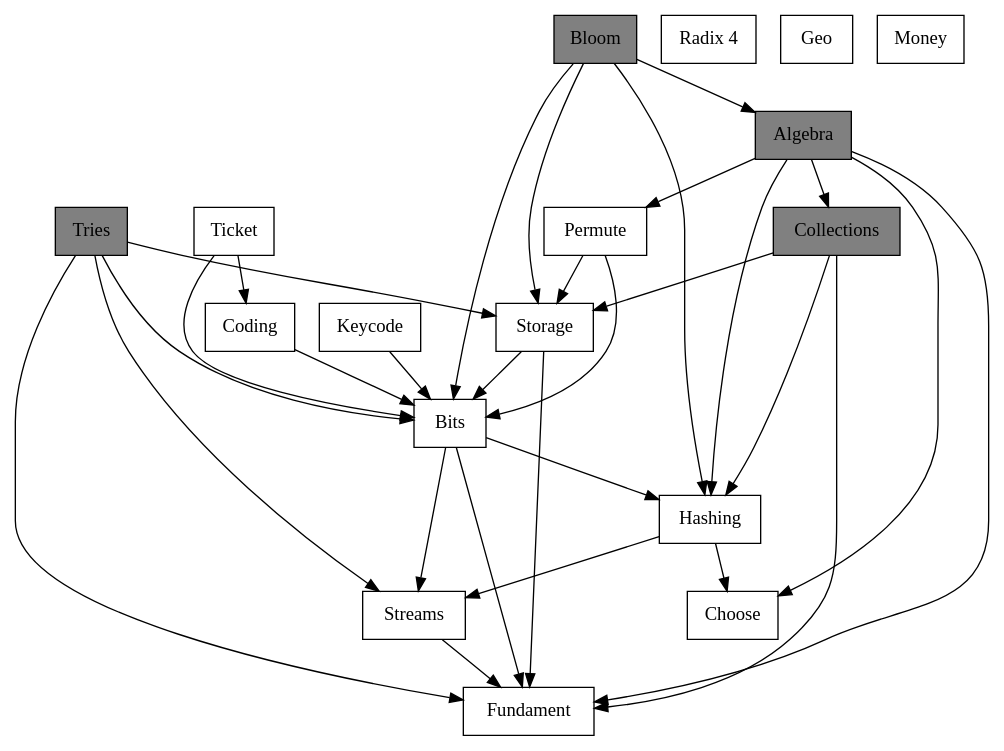
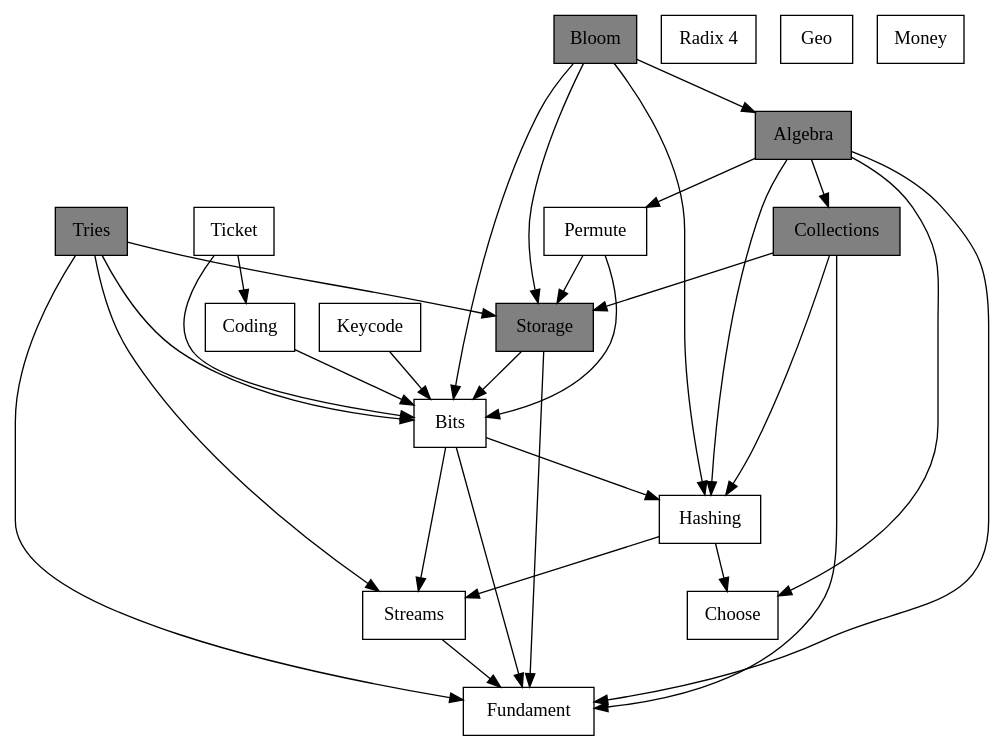
One commit to tomgibara/github changed the diagram in dependencies.dot. Above: the diagram before and after it, drawn with Graphviz. The commit also changed 2 other files, not shown here.

Commit message:
Corrects status of Storage.

```diff
--- a/dependencies.dot
+++ b/dependencies.dot
@@ -1,50 +1,50 @@
 digraph dependencies {
 
   node [shape="box", style="filled", fillcolor="white"]
 
   bloom     [label="Bloom",       fillcolor="gray"];
   algebra   [label="Algebra",     fillcolor="gray"];
   collect   [label="Collections", fillcolor="gray"];
   tries     [label="Tries",       fillcolor="gray"];
+  storage   [label="Storage",     fillcolor="gray"];
 
   ticket    [label="Ticket"];
   radix4    [label="Radix 4"];
   keycode   [label="Keycode"];
   coding    [label="Coding"];
   permute   [label="Permute"];
-  storage   [label="Storage"];
   bits      [label="Bits"];
   hashing   [label="Hashing"];
   streams   [label="Streams"];
   geo       [label="Geo"];
   money     [label="Money"];
   choose    [label="Choose"];
   fundament [label="Fundament"];
 
 
   bloom -> {algebra storage bits hashing}
 
   algebra -> {hashing collect permute choose fundament}
 
   collect -> {storage hashing fundament}
 
   tries -> {storage bits streams fundament}
 
 
   ticket -> {coding bits}
 
   keycode -> bits;
 
   coding -> bits;
 
   permute -> { storage bits}
 
   storage -> {bits fundament}
 
   bits -> {hashing streams fundament}
 
   hashing -> {streams choose}
 
   streams -> fundament;
 
 }
```
